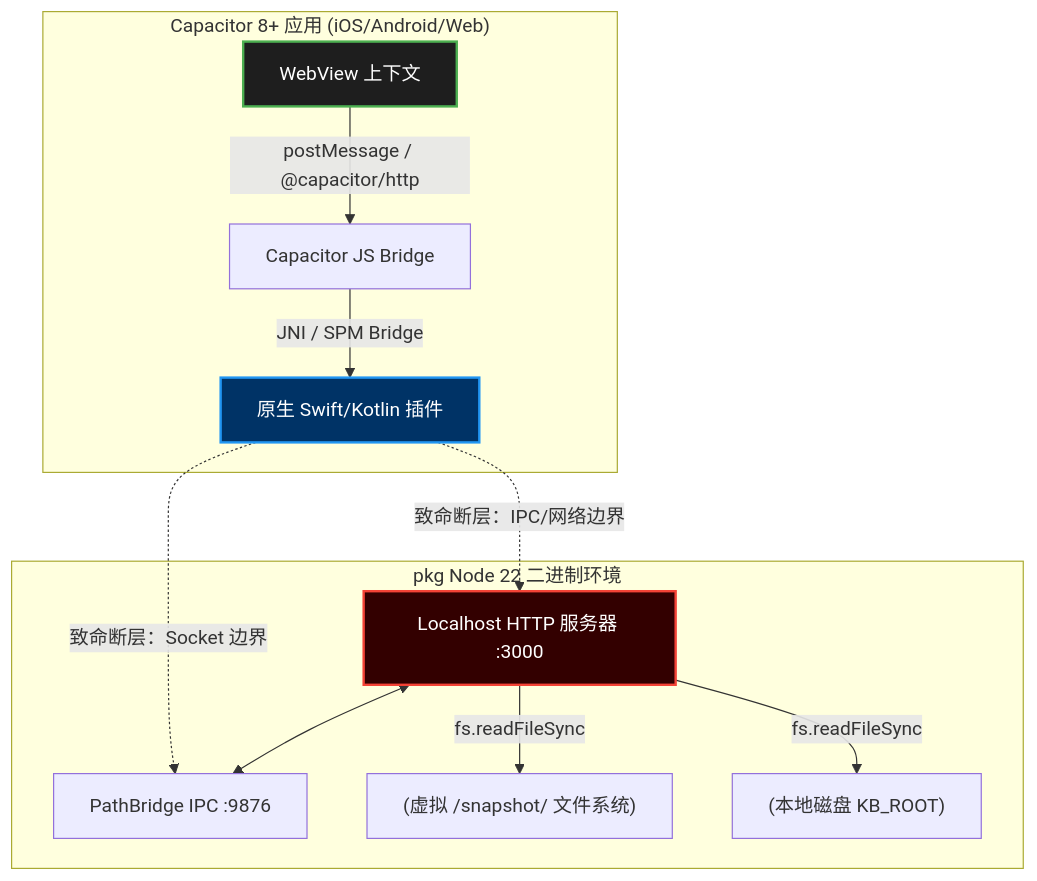
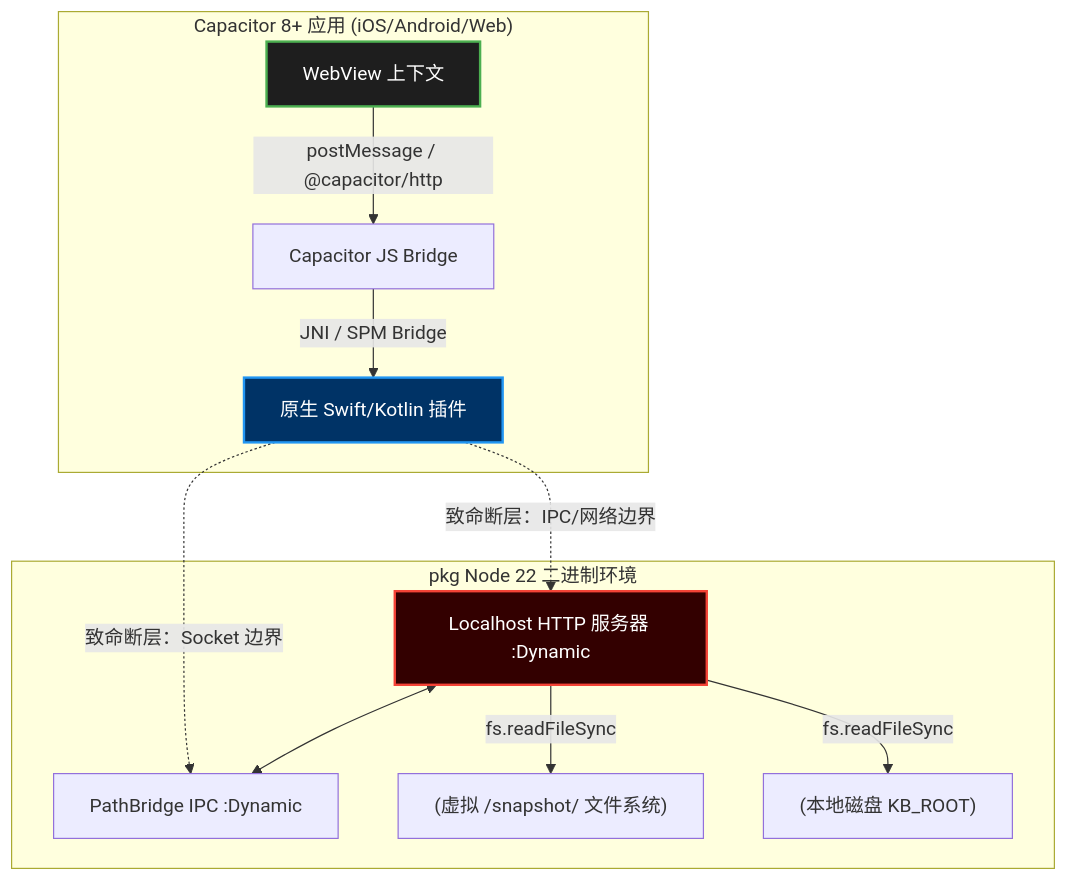
Before and after one commit to Jacobinwwey/NoteConnection: the third of 4 diagrams in docs/fixrisk_TODO.md, drawn with Mermaid. The commit also changed other lines of this file and 14 other files, not shown here.

Commit message:
backup mermaid again

````diff
--- a/docs/fixrisk_TODO.md
+++ b/docs/fixrisk_TODO.md
@@ -363,29 +215,29 @@
 ```mermaid
 flowchart TD
     subgraph Capacitor Mobile/Desktop Shell ["Capacitor 8+ 应用 (iOS/Android/Web)"]
         WV[WebView 上下文]
         CB[Capacitor JS Bridge]
         NP[原生 Swift/Kotlin 插件]
         
         WV -- "postMessage / @capacitor/http" --> CB
         CB -- "JNI / SPM Bridge" --> NP
     end
 
     subgraph Desktop/CLI Node.js Environment [pkg Node 22 二进制环境]
-        HTTP[Localhost HTTP 服务器 :3000]
-        PB[PathBridge IPC :9876]
+        HTTP[Localhost HTTP 服务器 :Dynamic]
+        PB[PathBridge IPC :Dynamic]
         FS["(虚拟 /snapshot/ 文件系统)"]
         DB["(本地磁盘 KB_ROOT)"]
         
         HTTP <--> PB
         HTTP -- "fs.readFileSync" --> FS
         HTTP -- "fs.readFileSync" --> DB
     end
 
     NP -. "致命断层：IPC/网络边界" .-> HTTP
     NP -. "致命断层：Socket 边界" .-> PB
     
     style WV fill:#1e1e1e,stroke:#4caf50,stroke-width:2px,color:#fff
     style HTTP fill:#330000,stroke:#f44336,stroke-width:2px,color:#fff
     style NP fill:#003366,stroke:#2196f3,stroke-width:2px,color:#fff
 ```
````
